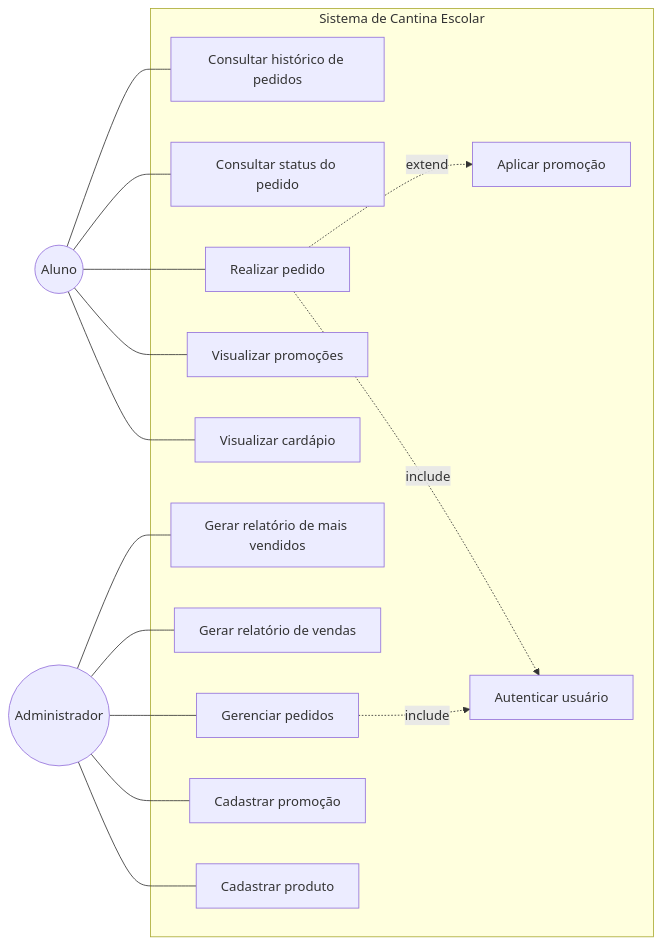
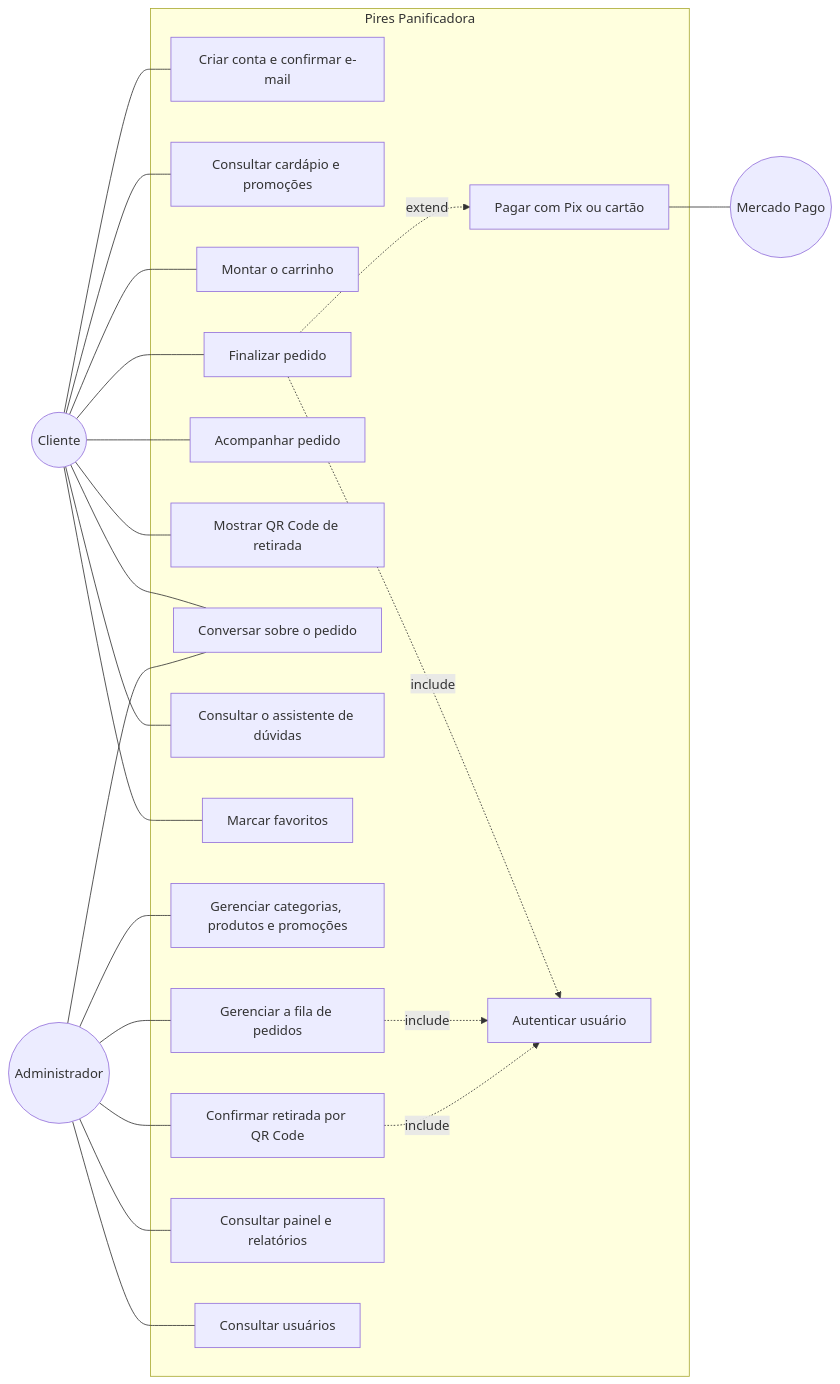
The second of 2 diagrams in profile/README.md (Panificadora-Pires/.github), drawn with Mermaid before and after one commit. The commit also changed other lines of this file, not shown here.

First line of the commit message:
docs: atualiza a documentação do projeto para a Pires Panificadora

````diff
--- a/profile/README.md
+++ b/profile/README.md
@@ -255,36 +405,49 @@
 ```mermaid
 flowchart LR
-    Aluno((Aluno))
+    Cliente((Cliente))
     Admin((Administrador))
+    MP((Mercado Pago))
 
-    subgraph Sistema de Cantina Escolar
-        UC1[Visualizar cardápio]
-        UC2[Visualizar promoções]
-        UC3[Realizar pedido]
-        UC4[Consultar status do pedido]
-        UC5[Consultar histórico de pedidos]
-        UC6[Cadastrar produto]
-        UC7[Cadastrar promoção]
-        UC8[Gerenciar pedidos]
-        UC9[Gerar relatório de vendas]
-        UC10[Gerar relatório de mais vendidos]
+    subgraph Pires Panificadora
+        UC1[Criar conta e confirmar e-mail]
+        UC2[Consultar cardápio e promoções]
+        UC3[Montar o carrinho]
+        UC4[Finalizar pedido]
+        UC5[Pagar com Pix ou cartão]
+        UC6[Acompanhar pedido]
+        UC7[Mostrar QR Code de retirada]
+        UC8[Conversar sobre o pedido]
+        UC9[Consultar o assistente de dúvidas]
+        UC10[Marcar favoritos]
+        UC11[Gerenciar categorias, produtos e promoções]
+        UC12[Gerenciar a fila de pedidos]
+        UC13[Confirmar retirada por QR Code]
+        UC14[Consultar painel e relatórios]
+        UC15[Consultar usuários]
         UCAuth[Autenticar usuário]
-        UCPromo[Aplicar promoção]
     end
 
-    Aluno --- UC1
-    Aluno --- UC2
-    Aluno --- UC3
-    Aluno --- UC4
-    Aluno --- UC5
+    Cliente --- UC1
+    Cliente --- UC2
+    Cliente --- UC3
+    Cliente --- UC4
+    Cliente --- UC6
+    Cliente --- UC7
+    Cliente --- UC8
+    Cliente --- UC9
+    Cliente --- UC10
 
-    Admin --- UC6
-    Admin --- UC7
     Admin --- UC8
-    Admin --- UC9
-    Admin --- UC10
+    Admin --- UC11
+    Admin --- UC12
+    Admin --- UC13
+    Admin --- UC14
+    Admin --- UC15
 
-    UC3 -.include.-> UCAuth
-    UC8 -.include.-> UCAuth
-    UC3 -.extend.-> UCPromo
+    UC5 --- MP
+
+    UC4 -.include.-> UCAuth
+    UC12 -.include.-> UCAuth
+    UC13 -.include.-> UCAuth
+    UC4 -.extend.-> UC5
 ```
````
